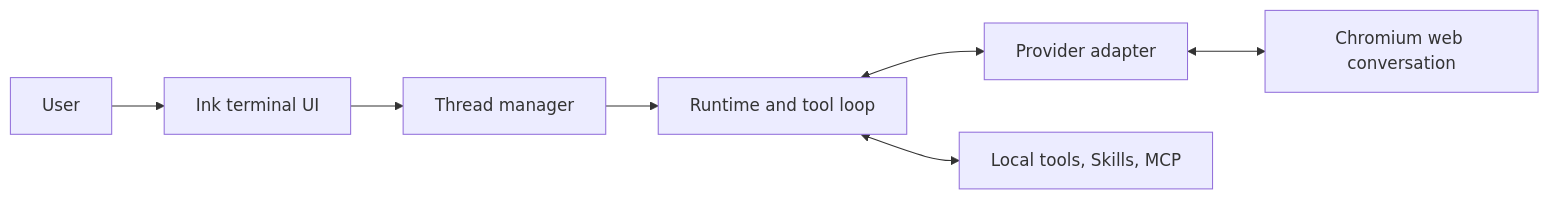
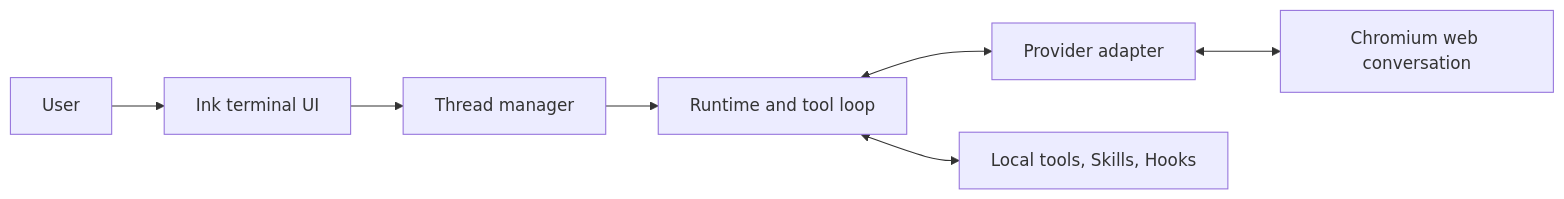
Before and after one commit to kabxx/portal: the diagram in README.md, drawn with Mermaid. The commit also changed other lines of this file and 30 other files, not shown here.

````diff
--- a/README.md
+++ b/README.md
@@ -78,9 +84,9 @@
 ```mermaid
 flowchart LR
     U[User] --> UI[Ink terminal UI]
     UI --> TM[Thread manager]
     TM --> R[Runtime and tool loop]
     R <--> A[Provider adapter]
     A <--> B[Chromium web conversation]
-    R <--> T[Local tools, Skills, MCP]
+    R <--> T[Local tools, Skills, Hooks]
 ```
````
